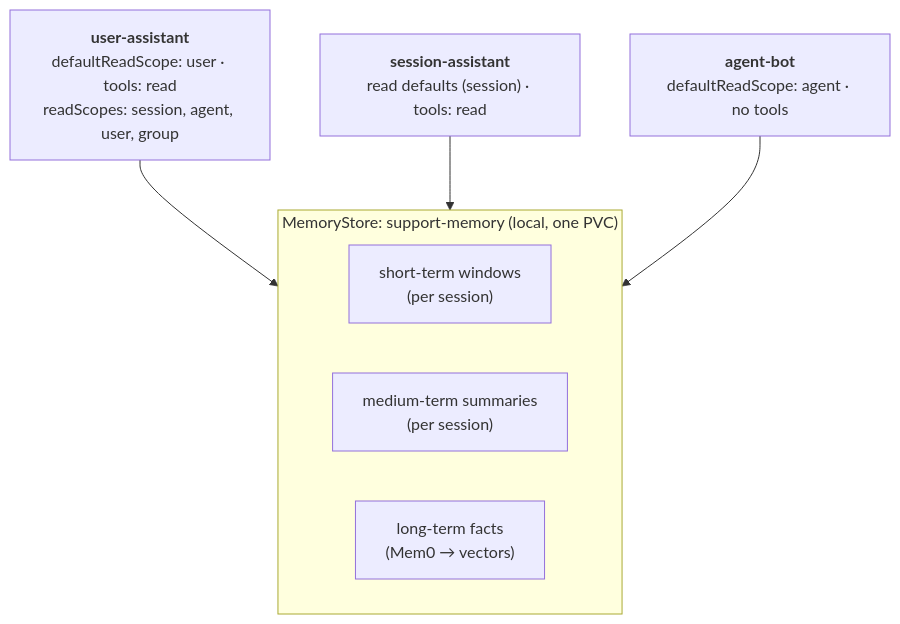
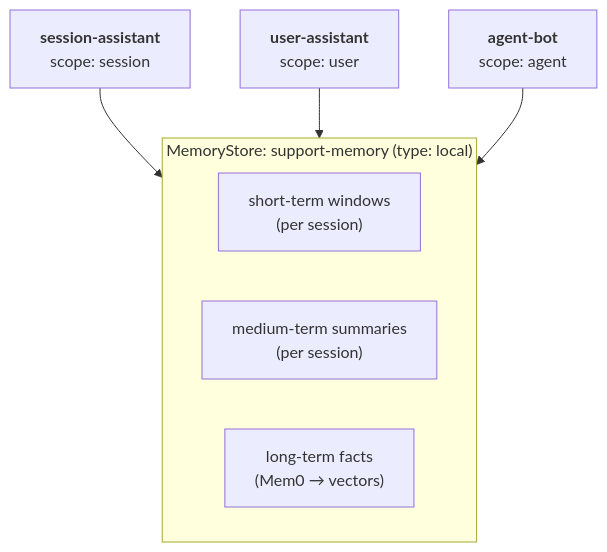
One commit to axsaucedo/kaos-adrs changed the fourth of 5 diagrams in memory/blog/BLOGPOST_DRAFT_4.md. Above: the diagram before and after it, drawn with Mermaid. The commit also changed other lines of this file, not shown here.

Commit message:
docs(memory-blog): use name-based --user with cached-login resolution

````diff
--- a/memory/blog/BLOGPOST_DRAFT_4.md
+++ b/memory/blog/BLOGPOST_DRAFT_4.md
@@ -405,15 +405,15 @@
 ```mermaid
 graph TB
-  subgraph store["MemoryStore: support-memory (local, one PVC)"]
+  subgraph store["MemoryStore: support-memory (type: local)"]
     direction LR
     ST["short-term windows<br/>(per session)"]
     MT["medium-term summaries<br/>(per session)"]
     LT["long-term facts<br/>(Mem0 → vectors)"]
   end
-  A1["<b>user-assistant</b><br/>defaultReadScope: user · tools: read<br/>readScopes: session, agent, user, group"]
-  A2["<b>session-assistant</b><br/>read defaults (session) · tools: read"]
-  X["<b>agent-bot</b><br/>defaultReadScope: agent · no tools"]
+  A2["<b>session-assistant</b><br/>scope: session"]
+  A1["<b>user-assistant</b><br/>scope: user"]
+  X["<b>agent-bot</b><br/>scope: agent"]
+  A2 --> store
   A1 --> store
-  A2 --> store
   X --> store
 ```
````
